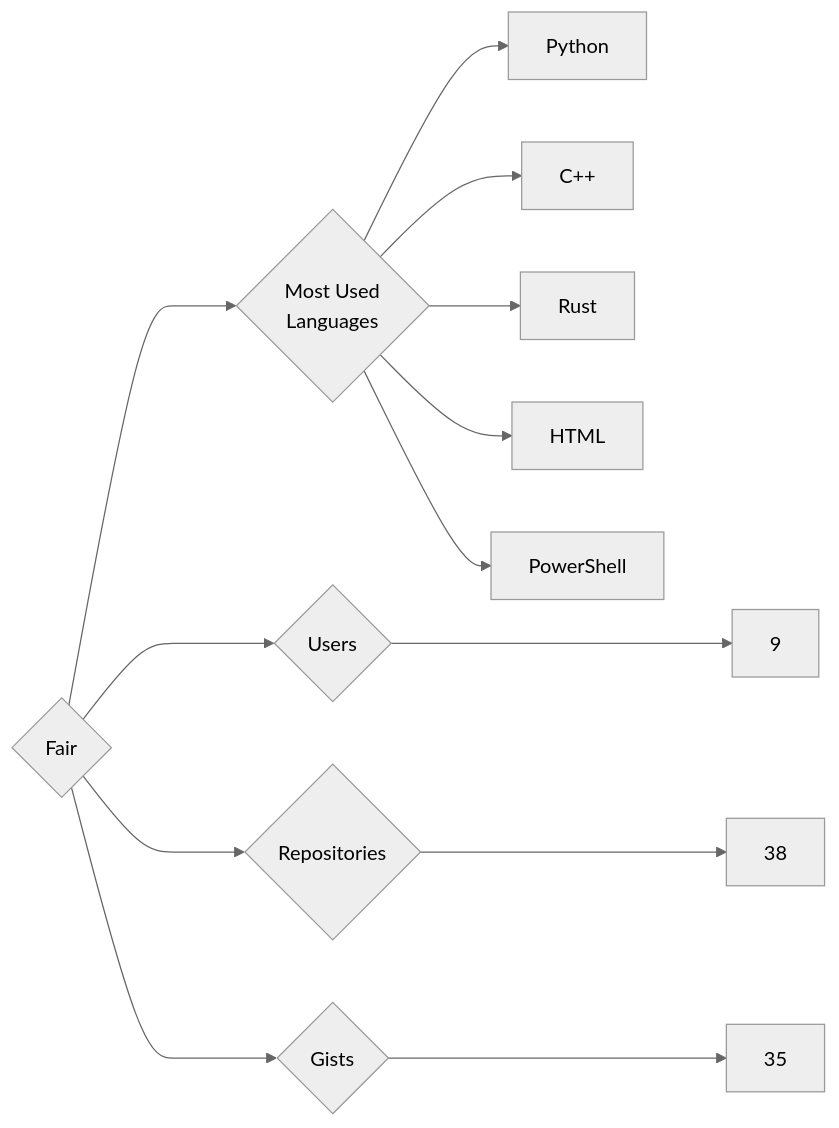
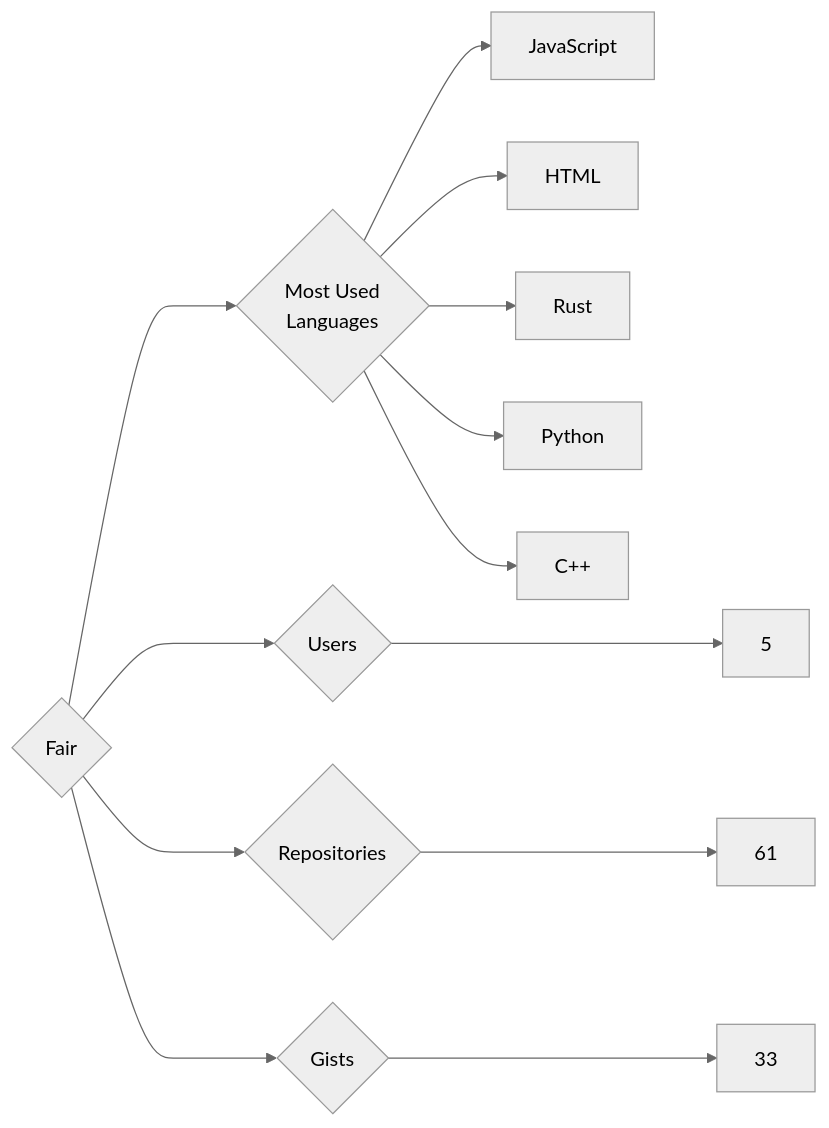
Before and after one commit to trickest/insiders: the diagram in targets/Fair/README.md, drawn with Mermaid (neutral theme). The commit also changed 882 other files, not shown here.

````diff
--- a/targets/Fair/README.md
+++ b/targets/Fair/README.md
@@ -3,13 +3,13 @@
 ```mermaid
 graph LR
 COMPANY_NAME{Fair}
-COMPANY_NAME ---> U{Users} ---> UN[9]
-COMPANY_NAME ---> R{Repositories} ---> RN[38]
-COMPANY_NAME ---> G{Gists} ---> GN[35]
+COMPANY_NAME ---> U{Users} ---> UN[5]
+COMPANY_NAME ---> R{Repositories} ---> RN[61]
+COMPANY_NAME ---> G{Gists} ---> GN[33]
 COMPANY_NAME ---> ML{Most Used<br>Languages}
+ML --> JavaScript[JavaScript]
+ML --> HTML[HTML]
+ML --> Rust[Rust]
 ML --> Python[Python]
 ML --> C++[C++]
-ML --> Rust[Rust]
-ML --> HTML[HTML]
-ML --> PowerShell[PowerShell]
 ```
````
